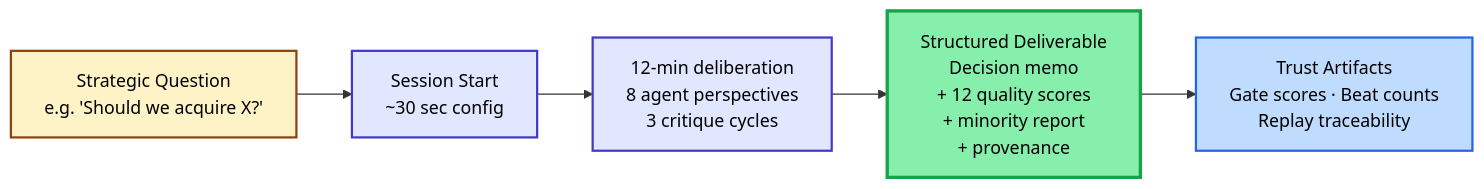
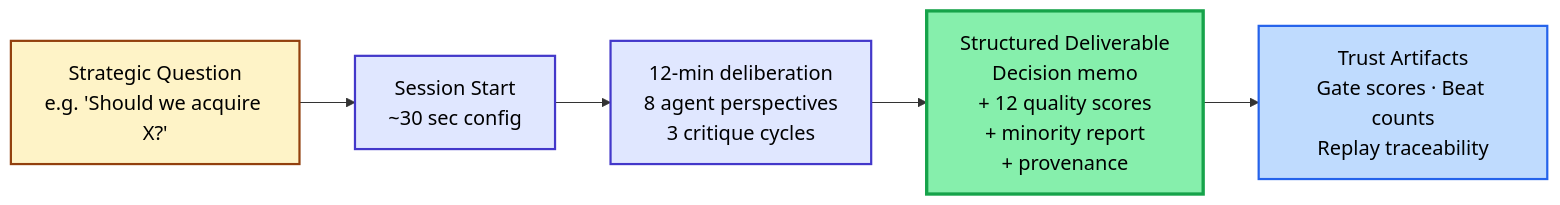
One commit to verdaca/VERDACA changed the second of 13 diagrams in docs/architecture-diagrams.md. Above: the diagram before and after it, drawn with Mermaid. The commit also changed other lines of this file, not shown here.

First line of the commit message:
docs: architecture-diagrams v3 — readability fixes + 2 new strategy diagrams

````diff
--- a/docs/architecture-diagrams.md
+++ b/docs/architecture-diagrams.md
@@ -66,15 +67,16 @@
 ```mermaid
+%%{init: {'themeVariables': {'fontSize': '18px'}}}%%
 flowchart LR
     Q["Strategic Question<br/>e.g. 'Should we acquire X?'"]:::input
     S["Session Start<br/>~30 sec config"]:::process
     M["12-min deliberation<br/>8 agent perspectives<br/>3 critique cycles"]:::process
     D["Structured Deliverable<br/>Decision memo<br/>+ 12 quality scores<br/>+ minority report<br/>+ provenance"]:::output
     T["Trust Artifacts<br/>Gate scores · Beat counts<br/>Replay traceability"]:::trust
 
     Q --> S --> M --> D --> T
 
     classDef input fill:#fef3c7,stroke:#92400e,stroke-width:2px,color:#000
     classDef process fill:#e0e7ff,stroke:#4338ca,stroke-width:2px,color:#000
     classDef output fill:#86efac,stroke:#16a34a,stroke-width:3px,color:#000
     classDef trust fill:#bfdbfe,stroke:#2563eb,stroke-width:2px,color:#000
 ```
````
